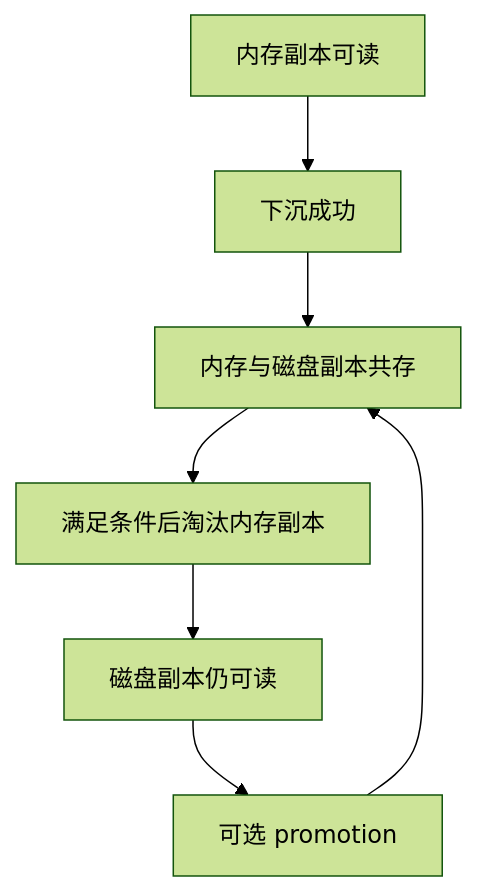
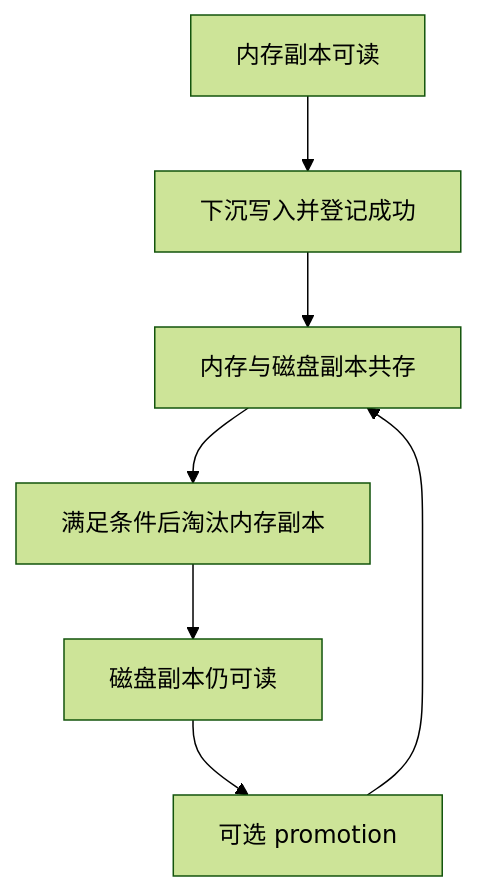
Before and after one commit to Hansyangxingxiang/Mooncake: the first of 2 diagrams in mooncake-kv-cache-series/wechat/10-ssd-tiering.md, drawn with Mermaid (forest theme). The commit also changed other lines of this file and 42 other files, not shown here.

````diff
--- a/mooncake-kv-cache-series/wechat/10-ssd-tiering.md
+++ b/mooncake-kv-cache-series/wechat/10-ssd-tiering.md
@@ -29,9 +27,9 @@
 ```mermaid
 flowchart TB
-    M["内存副本可读"] --> O["下沉成功"]
+    M["内存副本可读"] --> O["下沉写入并登记成功"]
     O --> MD["内存与磁盘副本共存"]
     MD --> E["满足条件后淘汰内存副本"]
     E --> D["磁盘副本仍可读"]
     D --> P["可选 promotion"]
     P --> MD
 ```
````
